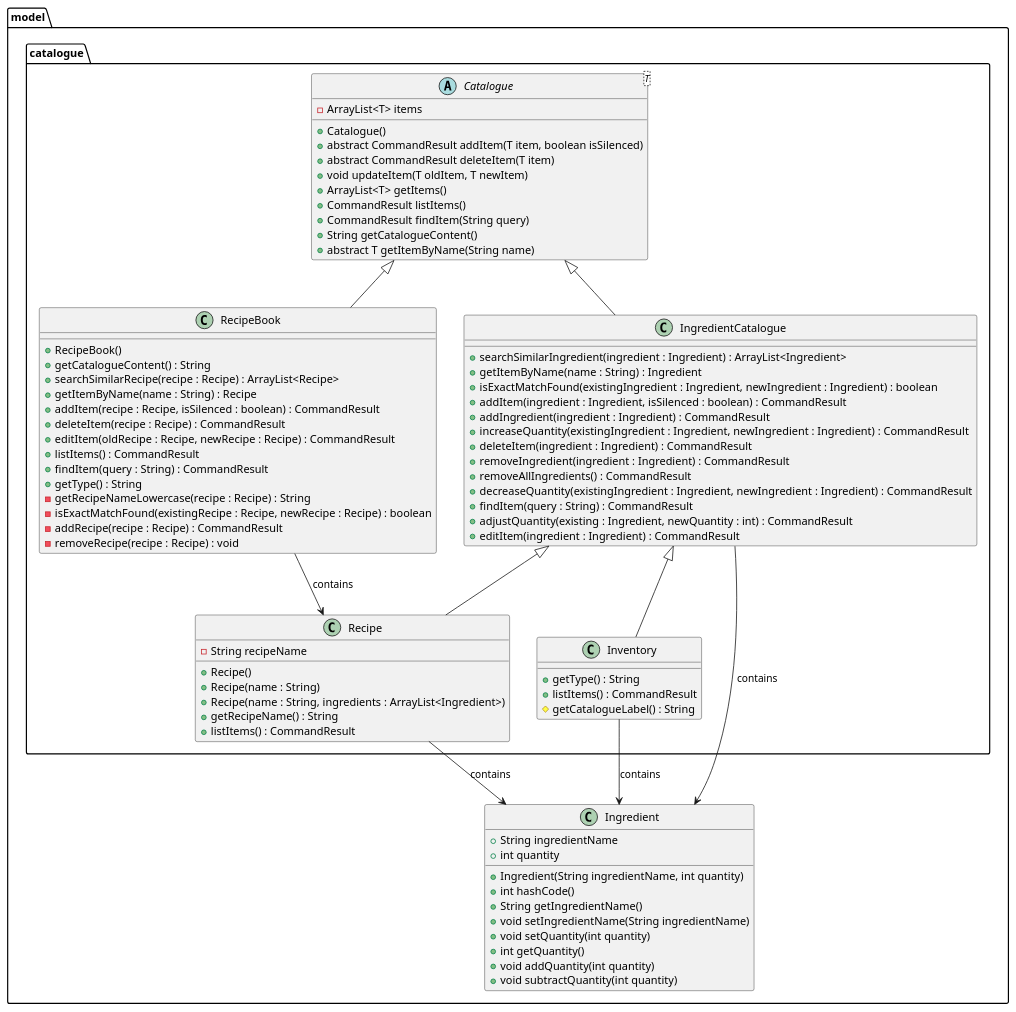
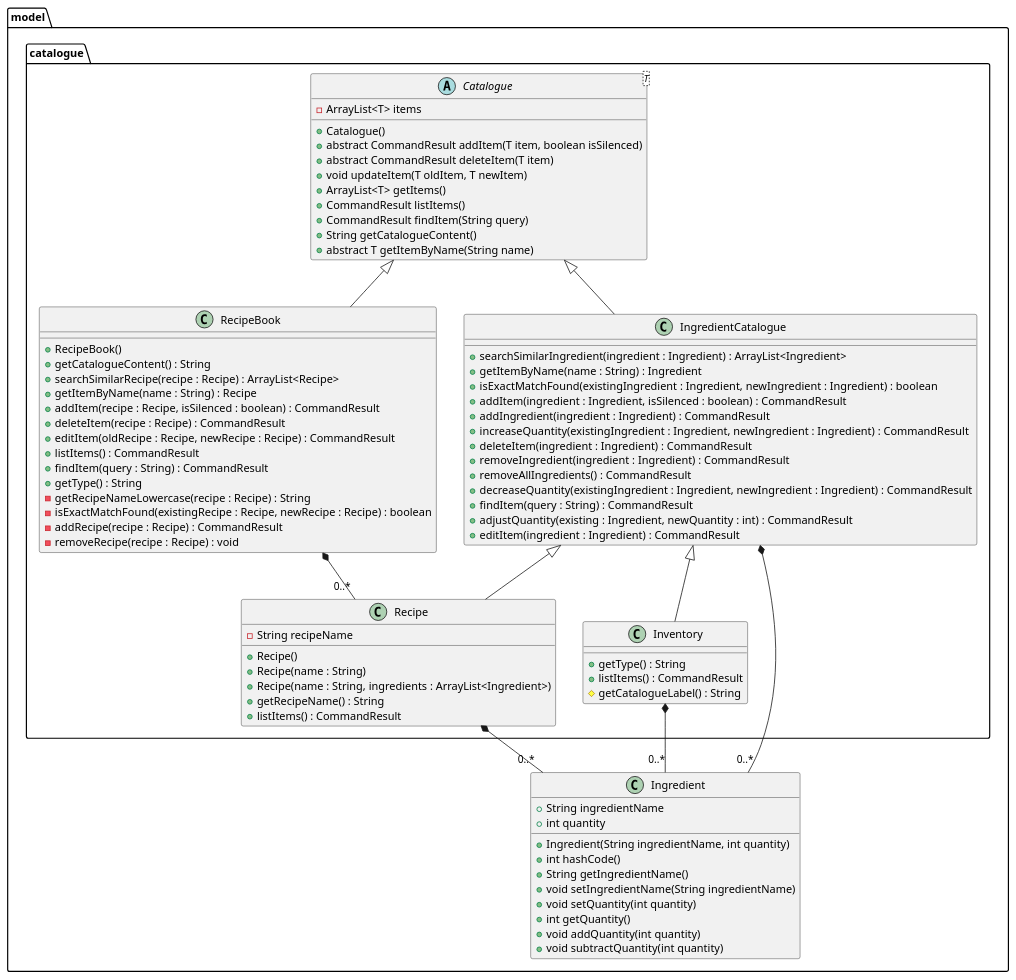
One commit to ChingWhee/tp changed the diagram in docs/diagrams/model.puml. Above: the diagram before and after it, drawn with PlantUML. The commit also changed 2 other files, not shown here.

Commit message:
update diagrams

```diff
--- a/docs/diagrams/model.puml
+++ b/docs/diagrams/model.puml
@@ -1,89 +1,89 @@
 @startuml
 
 package "model" {
 
     class Ingredient {
         +String ingredientName
         +int quantity
         +Ingredient(String ingredientName, int quantity)
         +int hashCode()
         +String getIngredientName()
         +void setIngredientName(String ingredientName)
         +void setQuantity(int quantity)
         +int getQuantity()
         +void addQuantity(int quantity)
         +void subtractQuantity(int quantity)
     }
 
     package "catalogue" {
 
         abstract class Catalogue<T> {
             -ArrayList<T> items
             +Catalogue()
             +abstract CommandResult addItem(T item, boolean isSilenced)
             +abstract CommandResult deleteItem(T item)
             +void updateItem(T oldItem, T newItem)
             +ArrayList<T> getItems()
             +CommandResult listItems()
             +CommandResult findItem(String query)
             +String getCatalogueContent()
             +abstract T getItemByName(String name)
         }
 
         class IngredientCatalogue extends Catalogue<Ingredient> {
             +searchSimilarIngredient(ingredient : Ingredient) : ArrayList<Ingredient>
             +getItemByName(name : String) : Ingredient
             +isExactMatchFound(existingIngredient : Ingredient, newIngredient : Ingredient) : boolean
             +addItem(ingredient : Ingredient, isSilenced : boolean) : CommandResult
             +addIngredient(ingredient : Ingredient) : CommandResult
             +increaseQuantity(existingIngredient : Ingredient, newIngredient : Ingredient) : CommandResult
             +deleteItem(ingredient : Ingredient) : CommandResult
             +removeIngredient(ingredient : Ingredient) : CommandResult
             +removeAllIngredients() : CommandResult
             +decreaseQuantity(existingIngredient : Ingredient, newIngredient : Ingredient) : CommandResult
             +findItem(query : String) : CommandResult
             +adjustQuantity(existing : Ingredient, newQuantity : int) : CommandResult
             +editItem(ingredient : Ingredient) : CommandResult
         }
 
         class Recipe extends IngredientCatalogue {
             -String recipeName
             +Recipe()
             +Recipe(name : String)
             +Recipe(name : String, ingredients : ArrayList<Ingredient>)
             +getRecipeName() : String
             +listItems() : CommandResult
         }
 
         class RecipeBook extends Catalogue<Recipe> {
             +RecipeBook()
             +getCatalogueContent() : String
             +searchSimilarRecipe(recipe : Recipe) : ArrayList<Recipe>
             +getItemByName(name : String) : Recipe
             +addItem(recipe : Recipe, isSilenced : boolean) : CommandResult
             +deleteItem(recipe : Recipe) : CommandResult
             +editItem(oldRecipe : Recipe, newRecipe : Recipe) : CommandResult
             +listItems() : CommandResult
             +findItem(query : String) : CommandResult
             +getType() : String
             -getRecipeNameLowercase(recipe : Recipe) : String
             -isExactMatchFound(existingRecipe : Recipe, newRecipe : Recipe) : boolean
             -addRecipe(recipe : Recipe) : CommandResult
             -removeRecipe(recipe : Recipe) : void
         }
 
         class Inventory extends IngredientCatalogue {
             +getType() : String
             +listItems() : CommandResult
             #getCatalogueLabel() : String
         }
     }
 }
 
 ' Relationships
-IngredientCatalogue --> Ingredient : contains
-Inventory --> Ingredient : contains
-Recipe --> Ingredient : contains
-RecipeBook --> Recipe : contains
+IngredientCatalogue *-- "0..*" Ingredient
+Inventory *-- "0..*" Ingredient
+Recipe *-- "0..*" Ingredient
+RecipeBook *-- "0..*" Recipe
 
 @enduml
```
